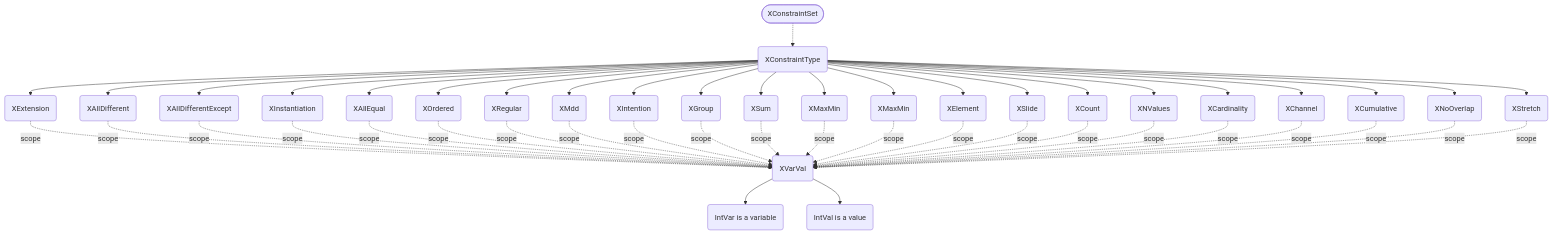
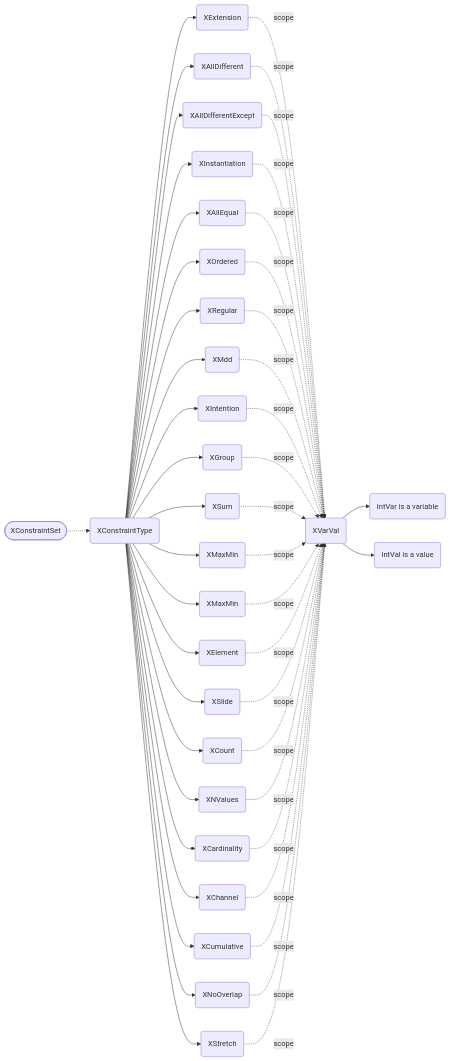
The third of 4 diagrams in README.md (luhanzhen/xcsp3-rust), drawn with Mermaid before and after one commit. The commit also changed other lines of this file and 1 other file, not shown here.

Commit message:
2023.8.1 中午11点提交，

````diff
--- a/README.md
+++ b/README.md
@@ -89,28 +89,28 @@
 ```mermaid
-graph TB
+graph LR
     D([XConstraintSet]) -.-> XConstraintType(XConstraintType)
     XConstraintType -->  XExtension(XExtension) -.scope.-> Scope(XVarVal)
     XConstraintType --> XAllDifferent(XAllDifferent)-.scope.-> Scope
     XConstraintType --> XAllDifferentExcept(XAllDifferentExcept)-.scope.-> Scope
     XConstraintType --> XInstantiation(XInstantiation)-.scope.-> Scope
     XConstraintType --> XAllEqual(XAllEqual)-.scope.-> Scope
     XConstraintType --> XOrdered(XOrdered)-.scope.-> Scope
     XConstraintType --> XRegular(XRegular)-.scope.-> Scope
     XConstraintType -->XMdd(XMdd)-.scope.-> Scope
     XConstraintType -->XIntention(XIntention)-.scope.-> Scope
     XConstraintType -->XGroup(XGroup)-.scope.-> Scope
     XConstraintType -->XSum(XSum)-.scope.-> Scope
     XConstraintType -->XMaximum(XMaxMin)-.scope.-> Scope
     XConstraintType -->XMinimum(XMaxMin)-.scope.-> Scope
     XConstraintType -->XElement(XElement)-.scope.-> Scope
     XConstraintType -->XSlide(XSlide)-.scope.-> Scope
     XConstraintType -->XCount(XCount)-.scope.-> Scope
     XConstraintType -->XNValues(XNValues)-.scope.-> Scope
     XConstraintType -->XCardinality(XCardinality)-.scope.-> Scope
     XConstraintType -->XChannel(XChannel)-.scope.-> Scope
     XConstraintType -->XCumulative(XCumulative)-.scope.-> Scope
     XConstraintType -->XNoOverlap(XNoOverlap)-.scope.-> Scope
     XConstraintType --> XStretch(XStretch)-.scope.-> Scope
     Scope -->IntVar(IntVar is a variable)
     Scope -->IntVal(IntVal is a value)
 ```
````
